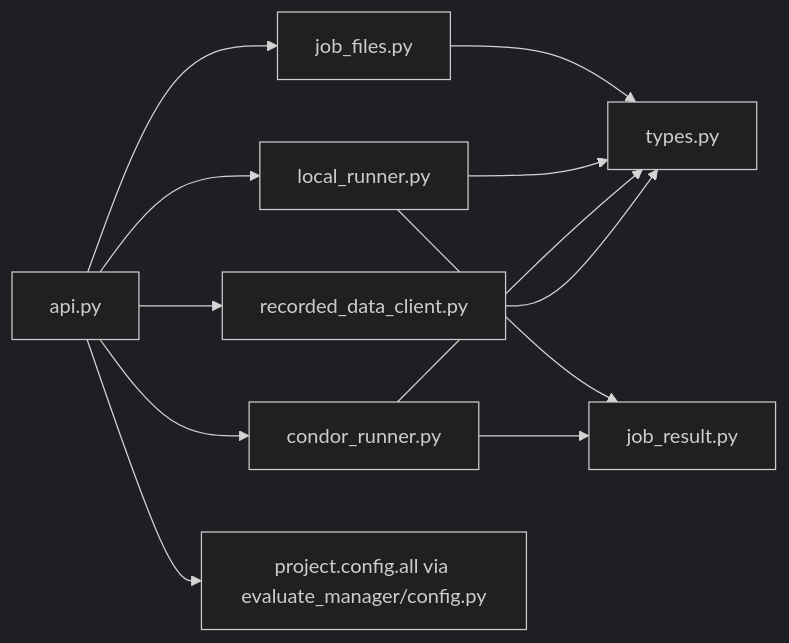
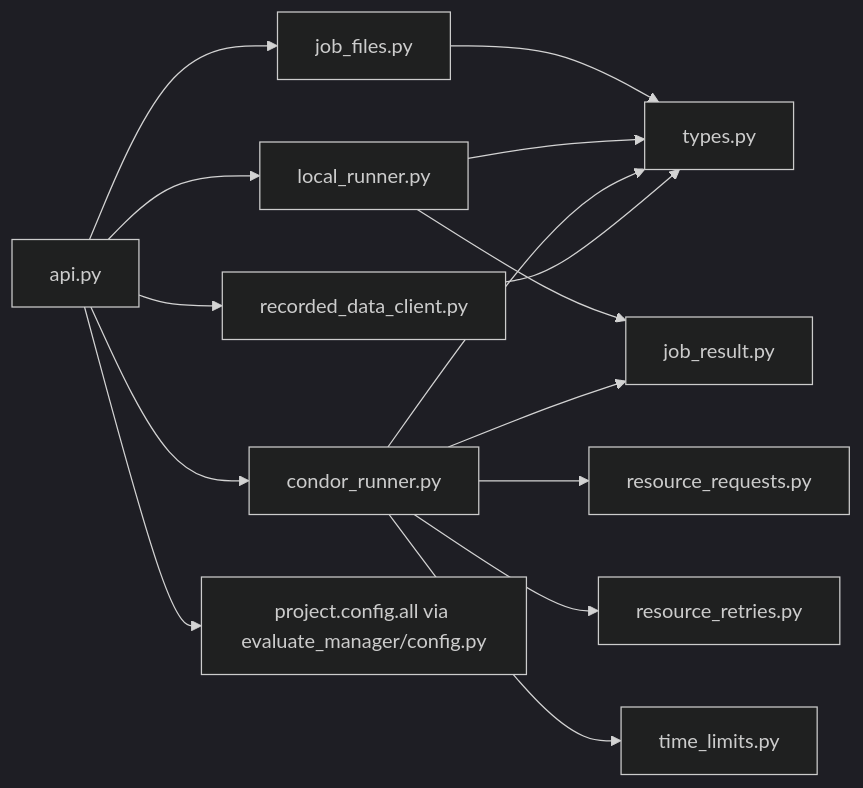
The second of 5 diagrams in dev_doc/architecture/c4_component.md (YS-Pan/yadof), drawn with Mermaid (dark theme) before and after one commit. The commit also changed other lines of this file and 24 other files, not shown here.

Commit message:
fix: restore native HTCondor resource retries

````diff
--- a/dev_doc/architecture/c4_component.md
+++ b/dev_doc/architecture/c4_component.md
@@ -25,14 +25,17 @@
 ```mermaid
 flowchart LR
     EvalAPI["api.py"] --> JobFiles["job_files.py"]
     EvalAPI --> LocalRunner["local_runner.py"]
     EvalAPI --> CondorRunner["condor_runner.py"]
     EvalAPI --> RDClient["recorded_data_client.py"]
+    CondorRunner --> ResourceRequests["resource_requests.py"]
+    CondorRunner --> ResourceRetries["resource_retries.py"]
+    CondorRunner --> TimeLimits["time_limits.py"]
     LocalRunner --> JobResult["job_result.py"]
     CondorRunner --> JobResult
     JobFiles --> Types["types.py"]
     LocalRunner --> Types
     CondorRunner --> Types
     RDClient --> Types
     EvalAPI --> EvalConfig["project.config.all via evaluate_manager/config.py"]
 ```
````
